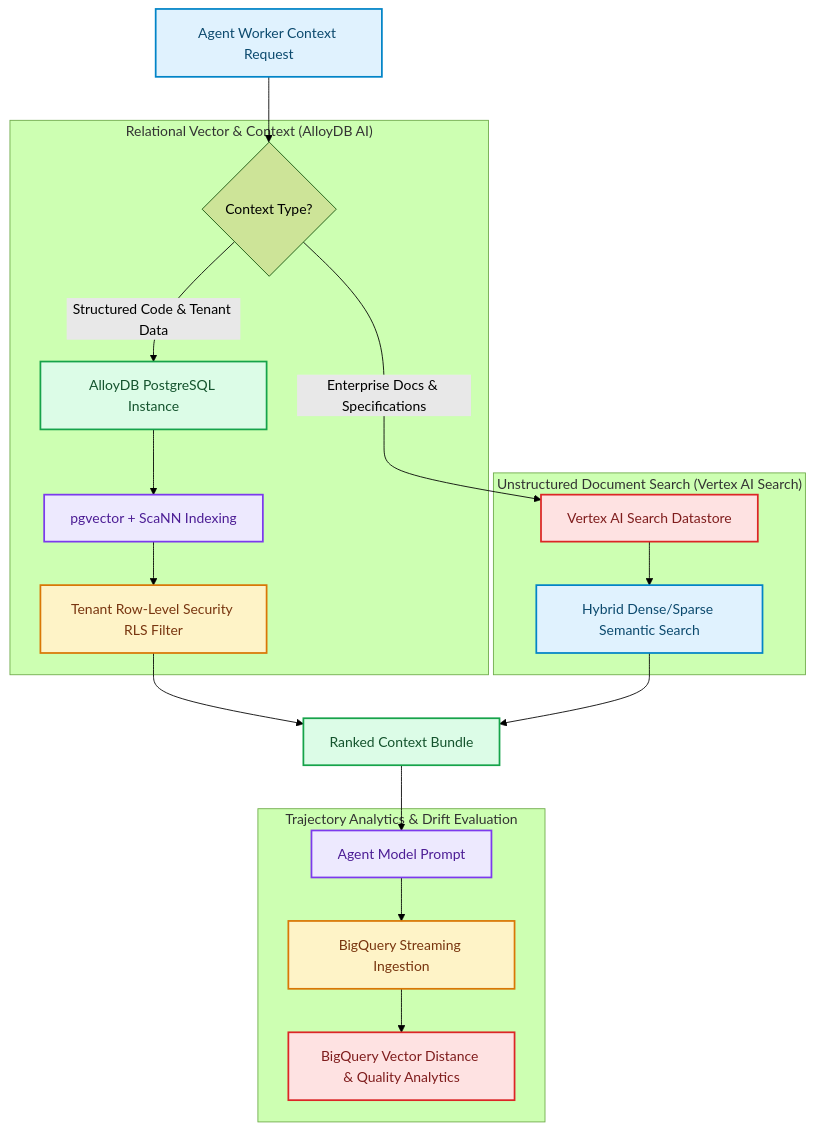
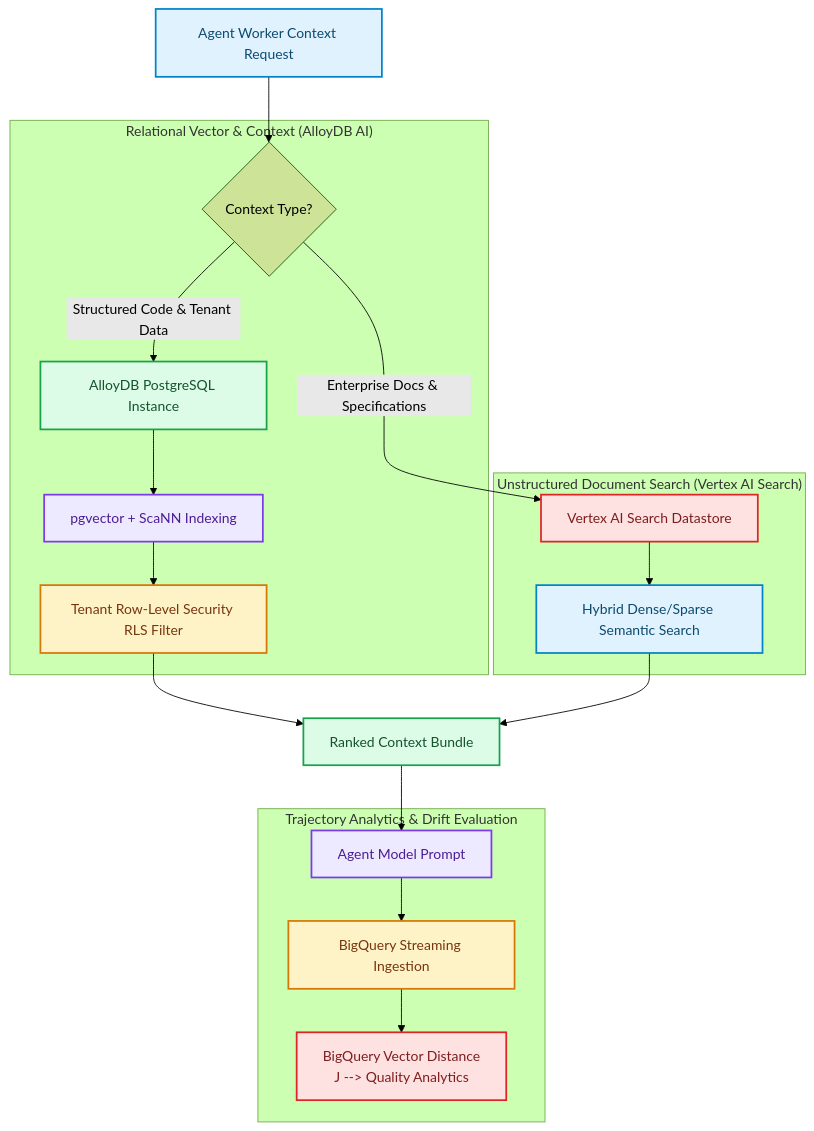
One commit to akmalkhaniub/akmalkhaniub.github.io changed the diagram in blog/posts/gcp-enterprise-rag-alloydb-vertex-search-bigquery-vectors.md. Above: the diagram before and after it, drawn with Mermaid (forest theme). The commit also changed other lines of this file and 894 other files, not shown here.

Commit message:
feat(blog): upgrade all 444 posts with unique staggered dates, 2-col Mermaid spines, benchmark tables, code blocks, and trade-offs

````diff
--- a/blog/posts/gcp-enterprise-rag-alloydb-vertex-search-bigquery-vectors.md
+++ b/blog/posts/gcp-enterprise-rag-alloydb-vertex-search-bigquery-vectors.md
@@ -17,35 +17,36 @@
 ```mermaid
 flowchart TD
   A["Agent Worker Context Request"] --> B{Context Type?}
   
   subgraph SG1_RelationalVectorContext ["Relational Vector & Context (AlloyDB AI)"]
     B -->|Structured Code & Tenant Data| C["AlloyDB PostgreSQL Instance"]
     C --> D["pgvector + ScaNN Indexing"]
     D --> E["Tenant Row-Level Security RLS Filter"]
   end
   
   subgraph SG2_UnstructuredDocumentSearch ["Unstructured Document Search (Vertex AI Search)"]
     B -->|Enterprise Docs & Specifications| F["Vertex AI Search Datastore"]
     F --> G["Hybrid Dense/Sparse Semantic Search"]
   end
   
   E --> H["Ranked Context Bundle"]
   G --> H
   H --> I["Agent Model Prompt"]
   
   subgraph SG3_TrajectoryAnalyticsDrift ["Trajectory Analytics & Drift Evaluation"]
     I --> J["BigQuery Streaming Ingestion"]
-    J --> K["BigQuery Vector Distance & Quality Analytics"]
+    J --> K["BigQuery Vector Distance
+    J --> Quality Analytics"]
   end
 
 classDef green fill:#dcfce7,stroke:#16a34a,stroke-width:2px,color:#14532d;
 classDef red fill:#fee2e2,stroke:#dc2626,stroke-width:2px,color:#7f1d1d;
 classDef blue fill:#e0f2fe,stroke:#0284c7,stroke-width:2px,color:#0c4a6e;
 classDef yellow fill:#fef3c7,stroke:#d97706,stroke-width:2px,color:#78350f;
 classDef purple fill:#ede9fe,stroke:#7c3aed,stroke-width:2px,color:#4c1d95;
 class A,G blue
 class C,H green
 class D,I purple
 class E,J yellow
 class F,K red
 ```
````
